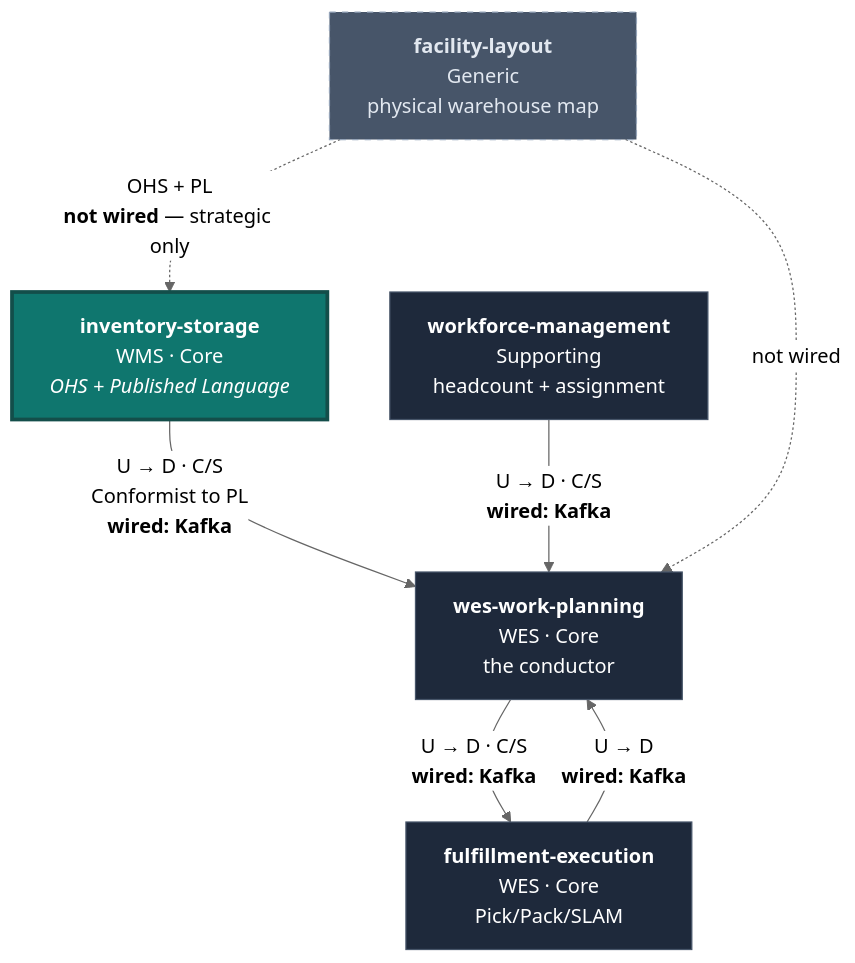
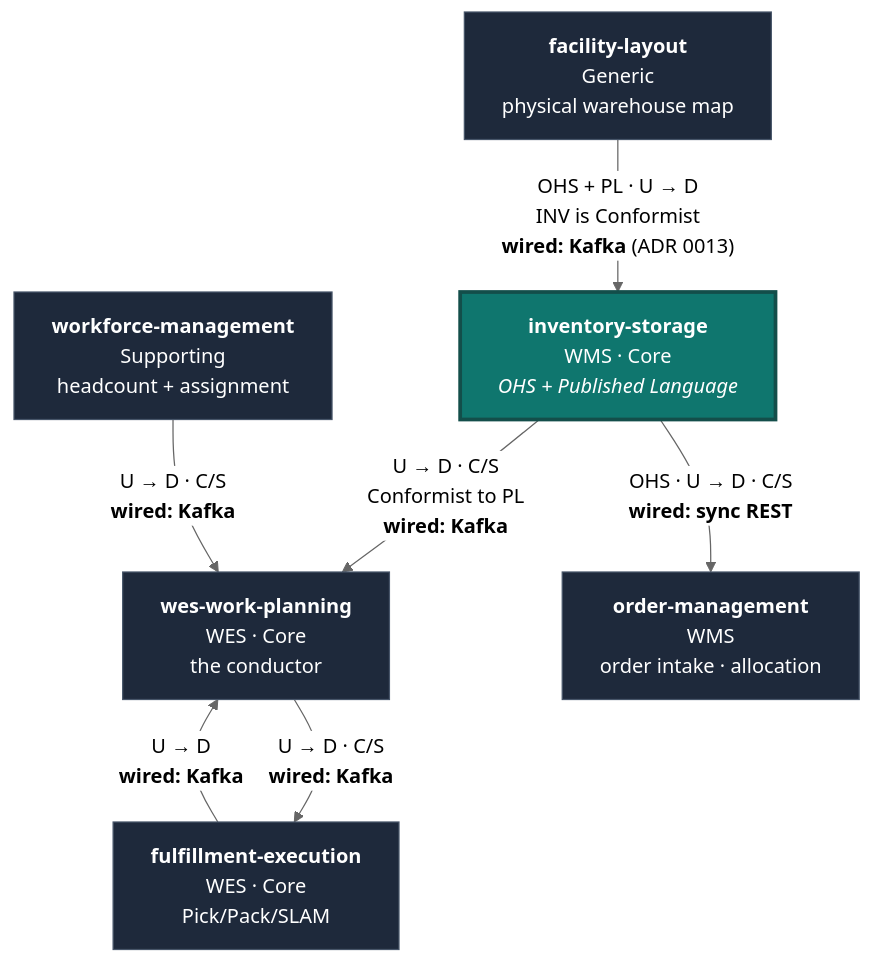
The diagram in docs/docs/ddd/context-relationships.md (claudioed/inventory-storage), drawn with Mermaid (neutral theme) before and after one commit. The commit also changed other lines of this file and 18 other files, not shown here.

````diff
--- a/docs/docs/ddd/context-relationships.md
+++ b/docs/docs/ddd/context-relationships.md
@@ -52,22 +52,22 @@
 ```mermaid
 flowchart TB
     INV["<b>inventory-storage</b><br/>WMS · Core<br/><i>OHS + Published Language</i>"]
     WP["<b>wes-work-planning</b><br/>WES · Core<br/>the conductor"]
     FE["<b>fulfillment-execution</b><br/>WES · Core<br/>Pick/Pack/SLAM"]
     WM["<b>workforce-management</b><br/>Supporting<br/>headcount + assignment"]
     FL["<b>facility-layout</b><br/>Generic<br/>physical warehouse map"]
+    OM["<b>order-management</b><br/>WMS<br/>order intake · allocation"]
 
     INV -->|"U → D · C/S<br/>Conformist to PL<br/><b>wired: Kafka</b>"| WP
     WM -->|"U → D · C/S<br/><b>wired: Kafka</b>"| WP
     WP -->|"U → D · C/S<br/><b>wired: Kafka</b>"| FE
     FE -->|"U → D<br/><b>wired: Kafka</b>"| WP
-    FL -.->|"OHS + PL<br/><b>not wired</b> — strategic only"| INV
-    FL -.->|"not wired"| WP
+    FL -->|"OHS + PL · U → D<br/>INV is Conformist<br/><b>wired: Kafka</b> (ADR 0013)"| INV
+    INV -->|"OHS · U → D · C/S<br/><b>wired: sync REST</b>"| OM
 
     classDef this fill:#0f766e,stroke:#134e4a,color:#fff,stroke-width:3px;
     classDef other fill:#1e293b,stroke:#475569,color:#fff;
     classDef future fill:#475569,stroke:#94a3b8,color:#e2e8f0,stroke-dasharray: 5 5;
     class INV this;
-    class WP,FE,WM other;
-    class FL future;
+    class WP,FE,WM,OM,FL other;
 ```
````
